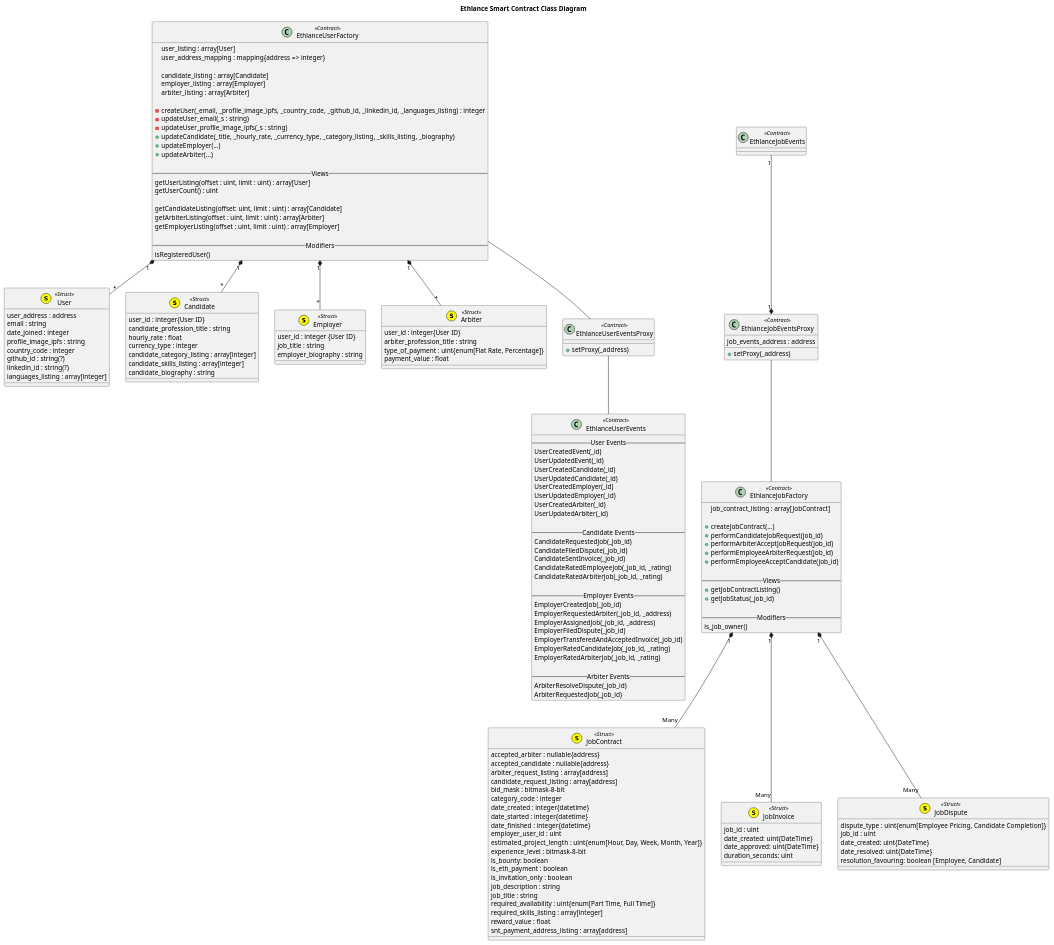
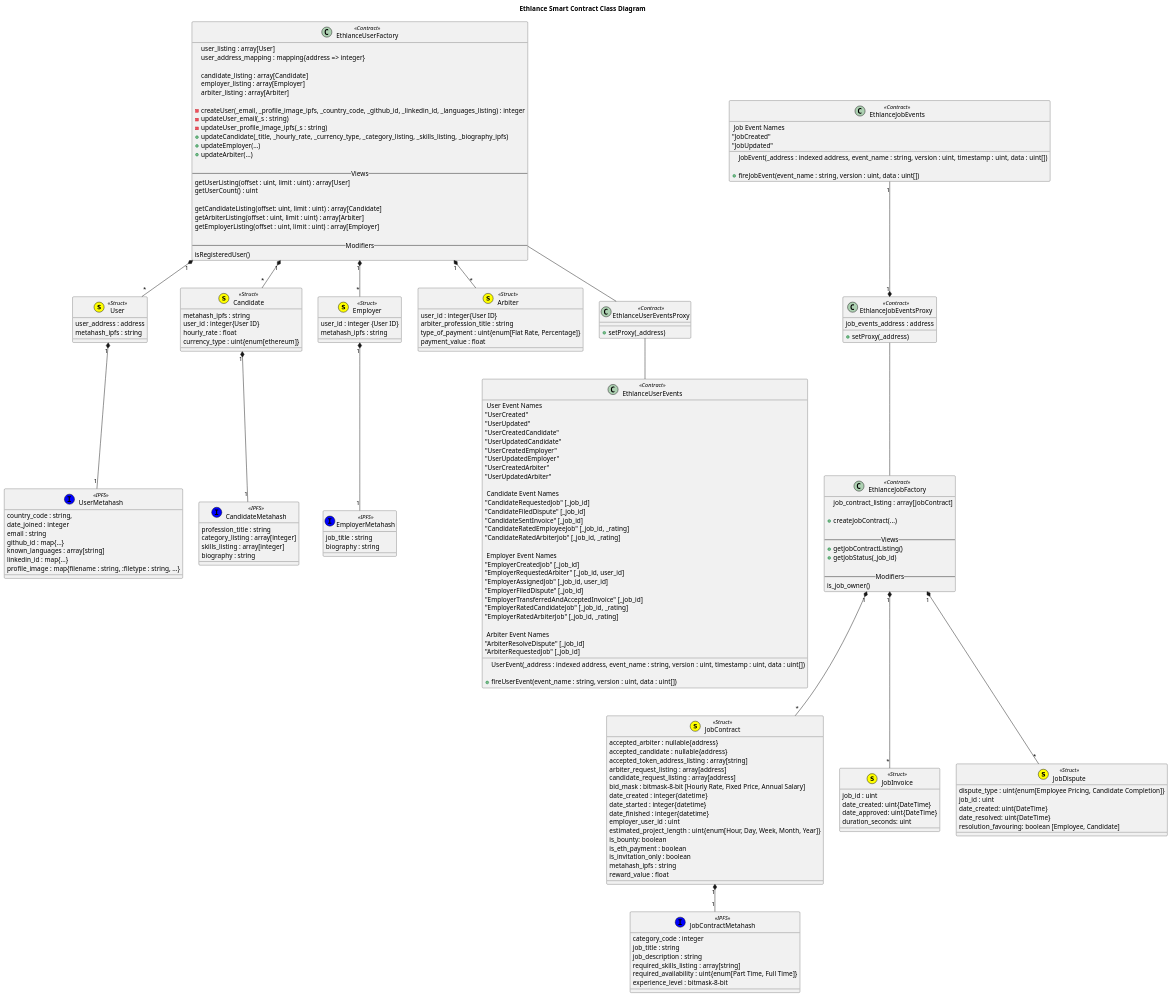
One commit to district0x/ethlance changed the diagram in docs/spec/ethlance_smart_contracts.org. Above: the diagram before and after it, drawn with PlantUML. The commit also changed other lines of this file and 4 other files, not shown here.

```diff
--- a/docs/spec/ethlance_smart_contracts.org
+++ b/docs/spec/ethlance_smart_contracts.org
@@ -21,31 +63,46 @@
   #+BEGIN_SRC plantuml :file class_diagram.png
   title Ethlance Smart Contract Class Diagram
 
+  class UserMetahash << (I,blue) IPFS >> {
+    country_code : string,
+    date_joined : integer
+    email : string
+    github_id : map{...}
+    known_languages : array[string]
+    linkedin_id : map{...}
+    profile_image : map{filename : string, :filetype : string, ...}
+  }
+
+  User "1" *-- "1" UserMetahash
   class User << (s,yellow) Struct >> {
     user_address : address
-    email : string
-    date_joined : integer
-    profile_image_ipfs : string
-    country_code : integer
-    {field} github_id : string(?)
-    {field} linkedin_id : string(?)
-    languages_listing : array[integer]
+    metahash_ipfs : string
   }
 
-  class Candidate << (s,yellow) Struct >> {
-    user_id : integer{User ID}
-    candidate_profession_title : string
-    hourly_rate : float
-    currency_type : integer
-    candidate_category_listing : array[integer]
-    candidate_skills_listing : array[integer]
-    candidate_biography : string
+  class CandidateMetahash << (I,blue) IPFS >> {
+    profession_title : string
+    category_listing : array[integer]
+    skills_listing : array[integer]
+    biography : string
   }
 
+  Candidate "1" *-- "1" CandidateMetahash
+  class Candidate << (s,yellow) Struct >> {
+    metahash_ipfs : string
+    user_id : integer{User ID}
+    hourly_rate : float
+    currency_type : uint{enum[ethereum]}
+  }
+
+  class EmployerMetahash << (I,blue) IPFS >> {
+    job_title : string
+    biography : string
+  }
+
+  Employer "1" *-- "1" EmployerMetahash
   class Employer << (s,yellow) Struct >> {
     user_id : integer {User ID}
-    {field} job_title : string
-    employer_biography : string
+    metahash_ipfs : string
   }
 
   class Arbiter << (s,yellow) Struct >> {
@@ -71,7 +128,7 @@
     -createUser(_email, _profile_image_ipfs, _country_code, _github_id, _linkedin_id, _languages_listing) : integer
     -updateUser_email(_s : string)
     -updateUser_profile_image_ipfs(_s : string)
-    +updateCandidate(_title, _hourly_rate, _currency_type, _category_listing, _skills_listing, _biography)
+    +updateCandidate(_title, _hourly_rate, _currency_type, _category_listing, _skills_listing, _biography_ipfs)
     +updateEmployer(...)
     +updateArbiter(...)
 
@@ -94,70 +151,76 @@
 
   EthlanceUserEventsProxy -- EthlanceUserEvents
   class EthlanceUserEvents << Contract >> {
-    -- User Events --
-    UserCreatedEvent(_id)
-    UserUpdatedEvent(_id)
-    UserCreatedCandidate(_id)
-    UserUpdatedCandidate(_id)
-    UserCreatedEmployer(_id)
-    UserUpdatedEmployer(_id)
-    UserCreatedArbiter(_id)
-    UserUpdatedArbiter(_id)
+    
+    UserEvent(_address : indexed address, event_name : string, version : uint, timestamp : uint, data : uint[])
 
-    -- Candidate Events --
-    CandidateRequestedJob(_job_id)
-    CandidateFiledDispute(_job_id)
-    CandidateSentInvoice(_job_id)
-    CandidateRatedEmployeeJob(_job_id, _rating)
-    CandidateRatedArbiterJob(_job_id, _rating)
+    +fireUserEvent(event_name : string, version : uint, data : uint[])
 
-    -- Employer Events --
-    EmployerCreatedJob(_job_id)
-    EmployerRequestedArbiter(_job_id, _address)
-    EmployerAssignedJob(_job_id, _address)
-    EmployerFiledDispute(_job_id)
-    EmployerTransferedAndAcceptedInvoice(_job_id)
-    EmployerRatedCandidateJob(_job_id, _rating)
-    EmployerRatedArbiterJob(_job_id, _rating)
+    -- User Event Names --
+    "UserCreated"
+    "UserUpdated"
+    "UserCreatedCandidate"
+    "UserUpdatedCandidate"
+    "UserCreatedEmployer"
+    "UserUpdatedEmployer"
+    "UserCreatedArbiter"
+    "UserUpdatedArbiter"
 
-    -- Arbiter Events --
-    ArbiterResolveDispute(_job_id)
-    ArbiterRequestedJob(_job_id)
+    -- Candidate Event Names --
+    "CandidateRequestedJob" [_job_id]
+    "CandidateFiledDispute" [_job_id]
+    "CandidateSentInvoice" [_job_id]
+    "CandidateRatedEmployeeJob" [_job_id, _rating]
+    "CandidateRatedArbiterJob" [_job_id, _rating]
+
+    -- Employer Event Names --
+    "EmployerCreatedJob" [_job_id]
+    "EmployerRequestedArbiter" [_job_id, user_id]
+    "EmployerAssignedJob" [_job_id, user_id]
+    "EmployerFiledDispute" [_job_id]
+    "EmployerTransferredAndAcceptedInvoice" [_job_id]
+    "EmployerRatedCandidateJob" [_job_id, _rating]
+    "EmployerRatedArbiterJob" [_job_id, _rating]
+
+    -- Arbiter Event Names --
+    "ArbiterResolveDispute" [_job_id]
+    "ArbiterRequestedJob" [_job_id]
   }
 
+  class JobContractMetahash << (I,blue) IPFS >> {
+    category_code : integer
+    job_title : string
+    job_description : string
+    required_skills_listing : array[string]
+    required_availability : uint{enum[Part Time, Full Time]}
+    experience_level : bitmask-8-bit
+  }
+
+  JobContract "1" *-- "1" JobContractMetahash
   class JobContract << (s,yellow) Struct >> {
     accepted_arbiter : nullable{address}
     accepted_candidate : nullable{address}
+    accepted_token_address_listing : array[string]
     arbiter_request_listing : array[address]
     candidate_request_listing : array[address]
-    bid_mask : bitmask-8-bit
-    category_code : integer
+    bid_mask : bitmask-8-bit [Hourly Rate, Fixed Price, Annual Salary]
     date_created : integer{datetime}
     date_started : integer{datetime}
     date_finished : integer{datetime}
     employer_user_id : uint
     estimated_project_length : uint{enum[Hour, Day, Week, Month, Year]}
-    experience_level : bitmask-8-bit
     is_bounty: boolean
     is_eth_payment : boolean
     is_invitation_only : boolean
-    job_description : string
-    job_title : string
-    required_availability : uint{enum[Part Time, Full Time]}
-    required_skills_listing : array[integer]
+    metahash_ipfs : string
     reward_value : float
-    snt_payment_address_listing : array[address]
   }
 
-  EthlanceJobFactory "1" *-- "Many" JobContract
+  EthlanceJobFactory "1" *-- "*" JobContract
   class EthlanceJobFactory << Contract >> {
     job_contract_listing : array[JobContract]
 
     +createJobContract(...)
-    +performCandidateJobRequest(job_id)
-    +performArbiterAcceptJobRequest(job_id)
-    +performEmployeeArbiterRequest(job_id)
-    +performEmployeeAcceptCandidate(job_id)
 
     -- Views --
     +getJobContractListing()
@@ -175,10 +238,17 @@
 
   EthlanceJobEvents "1" --* "1" EthlanceJobEventsProxy
   class EthlanceJobEvents << Contract >> {
-    
+
+    JobEvent(_address : indexed address, event_name : string, version : uint, timestamp : uint, data : uint[])
+
+    +fireJobEvent(event_name : string, version : uint, data : uint[])
+
+    -- Job Event Names --
+    "JobCreated"
+    "JobUpdated"
   }
 
-  EthlanceJobFactory "1" *-- "Many" JobInvoice
+  EthlanceJobFactory "1" *-- "*" JobInvoice
   class JobInvoice << (s,yellow) Struct >> {
     job_id : uint
     date_created: uint{DateTime}
@@ -186,7 +256,7 @@
     duration_seconds: uint
   }
 
-  EthlanceJobFactory "1" *-- "Many" JobDispute
+  EthlanceJobFactory "1" *-- "*" JobDispute
   class JobDispute << (s,yellow) Struct >> {
     dispute_type : uint{enum[Employee Pricing, Candidate Completion]}
     job_id : uint
```
